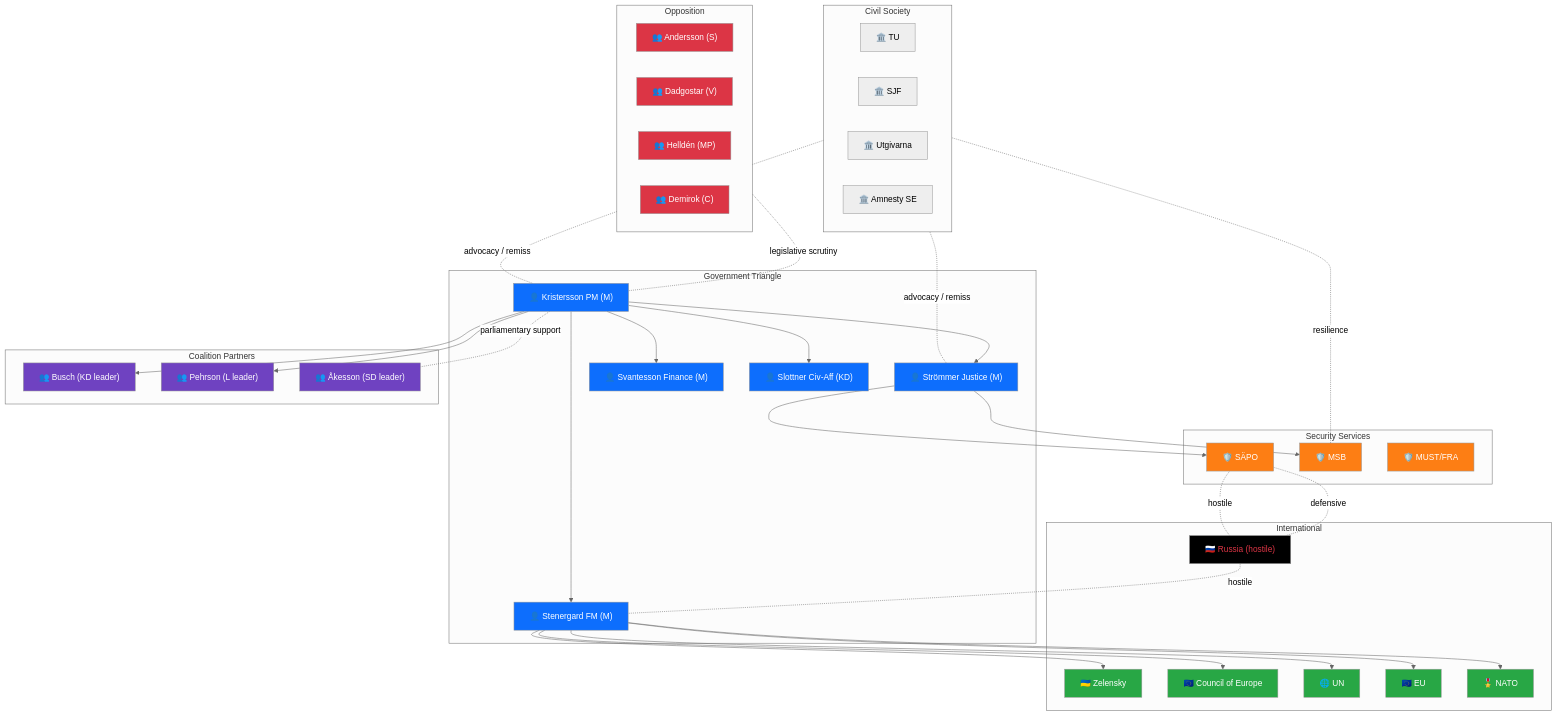
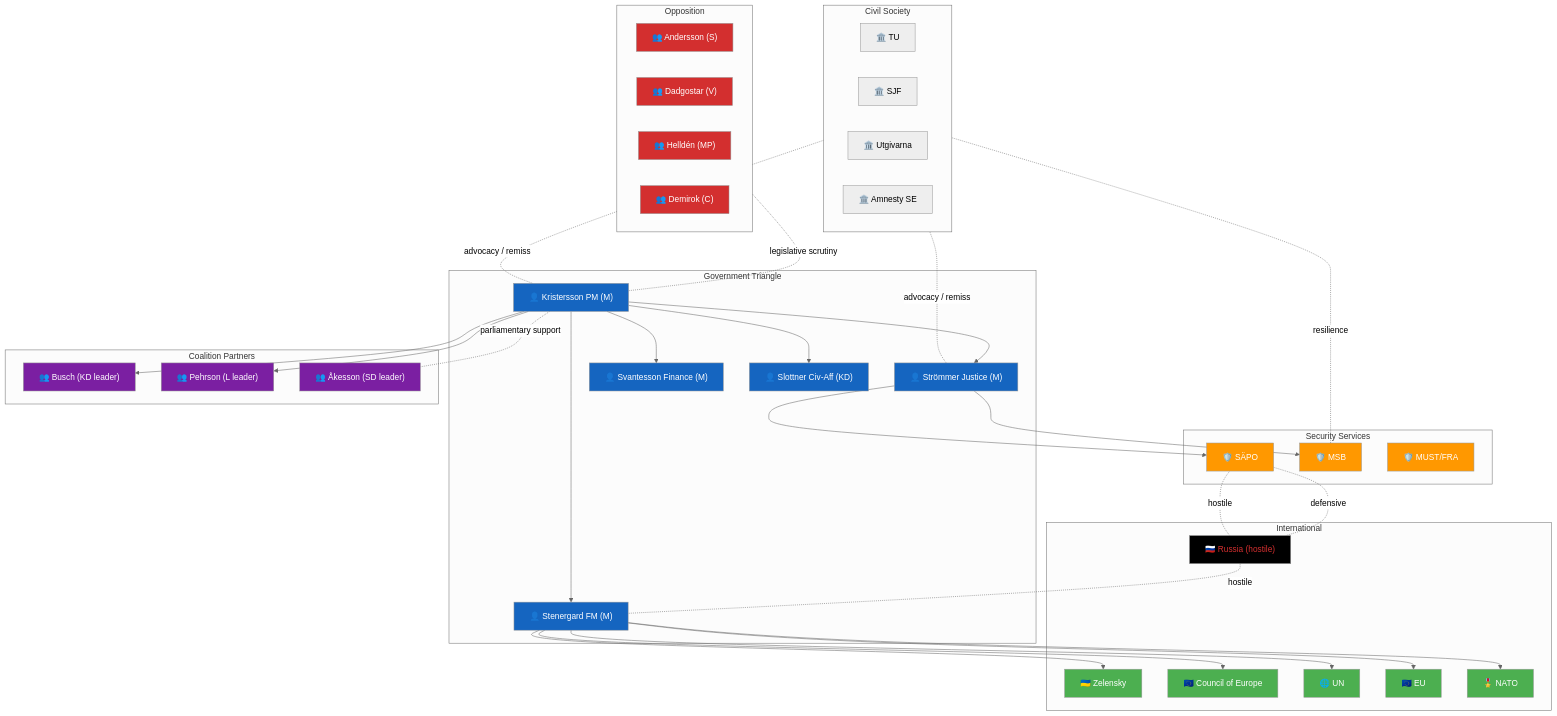
Before and after one commit to Hack23/riksdagsmonitor: the first of 2 diagrams in analysis/daily/2026-04-17/realtime-1434/stakeholder-perspectives.md, drawn with Mermaid (neutral theme). The commit also changed other lines of this file and 785 other files, not shown here.

First line of the commit message:
Normalize mermaid colors across 786 analysis artifacts to ISMS Style Guide palette

````diff
--- a/analysis/daily/2026-04-17/realtime-1434/stakeholder-perspectives.md
+++ b/analysis/daily/2026-04-17/realtime-1434/stakeholder-perspectives.md
@@ -239,25 +239,25 @@
     Sa -.defensive.- Ru
     Ms -.resilience.- Civ
 
-    style PM fill:#0d6efd,color:#fff
-    style FM fill:#0d6efd,color:#fff
-    style JM fill:#0d6efd,color:#fff
-    style FiM fill:#0d6efd,color:#fff
-    style CA fill:#0d6efd,color:#fff
-    style KD fill:#6f42c1,color:#fff
-    style L fill:#6f42c1,color:#fff
-    style SD fill:#6f42c1,color:#fff
-    style S fill:#dc3545,color:#fff
-    style V fill:#dc3545,color:#fff
-    style MP fill:#dc3545,color:#fff
-    style C fill:#dc3545,color:#fff
-    style Zel fill:#28a745,color:#fff
-    style CoE fill:#28a745,color:#fff
-    style UN fill:#28a745,color:#fff
-    style EU fill:#28a745,color:#fff
-    style Nato fill:#28a745,color:#fff
-    style Ru fill:#000,color:#dc3545
-    style Sa fill:#fd7e14,color:#fff
-    style Ms fill:#fd7e14,color:#fff
-    style Mu fill:#fd7e14,color:#fff
+    style PM fill:#1565C0,color:#FFFFFF
+    style FM fill:#1565C0,color:#FFFFFF
+    style JM fill:#1565C0,color:#FFFFFF
+    style FiM fill:#1565C0,color:#FFFFFF
+    style CA fill:#1565C0,color:#FFFFFF
+    style KD fill:#7B1FA2,color:#FFFFFF
+    style L fill:#7B1FA2,color:#FFFFFF
+    style SD fill:#7B1FA2,color:#FFFFFF
+    style S fill:#D32F2F,color:#FFFFFF
+    style V fill:#D32F2F,color:#FFFFFF
+    style MP fill:#D32F2F,color:#FFFFFF
+    style C fill:#D32F2F,color:#FFFFFF
+    style Zel fill:#4CAF50,color:#FFFFFF
+    style CoE fill:#4CAF50,color:#FFFFFF
+    style UN fill:#4CAF50,color:#FFFFFF
+    style EU fill:#4CAF50,color:#FFFFFF
+    style Nato fill:#4CAF50,color:#FFFFFF
+    style Ru fill:#000000,color:#D32F2F
+    style Sa fill:#FF9800,color:#FFFFFF
+    style Ms fill:#FF9800,color:#FFFFFF
+    style Mu fill:#FF9800,color:#FFFFFF
 ```
````
